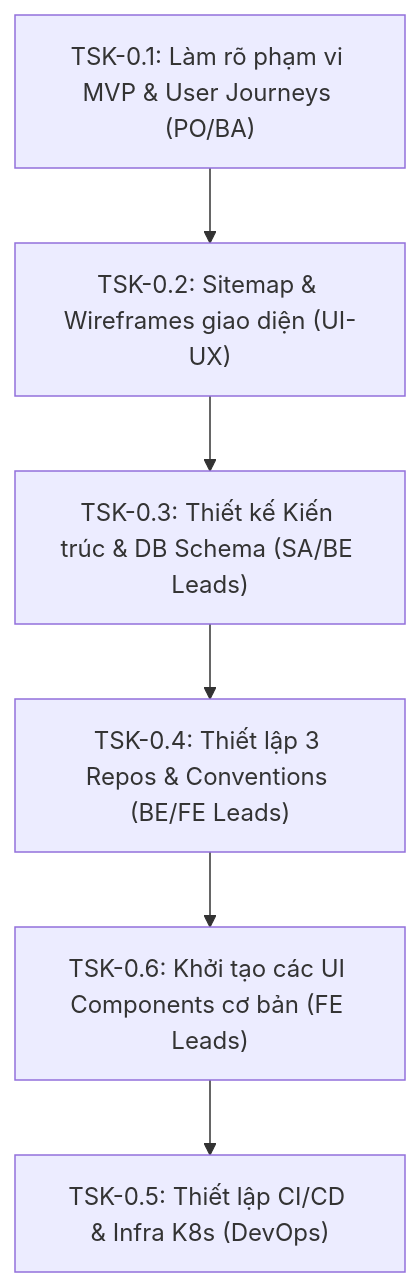
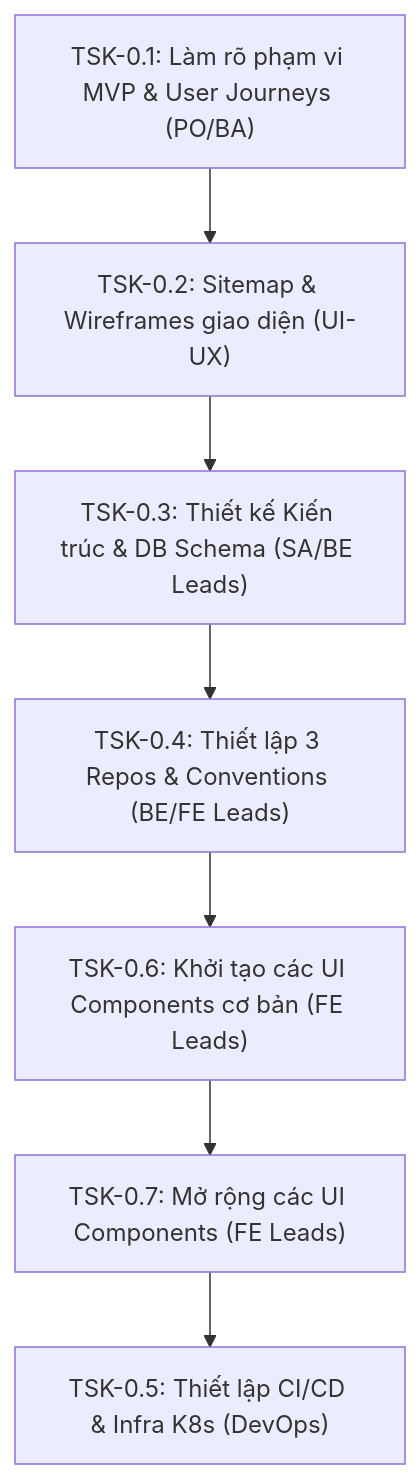
One commit to min3rd/open-erp changed the diagram in docs/05_project_management/sprint_0/README.md. Above: the diagram before and after it, drawn with Mermaid. The commit also changed other lines of this file and 19 other files, not shown here.

````diff
--- a/docs/05_project_management/sprint_0/README.md
+++ b/docs/05_project_management/sprint_0/README.md
@@ -31,9 +32,10 @@
 ```mermaid
 flowchart TD
     TSK01["TSK-0.1: Làm rõ phạm vi MVP & User Journeys (PO/BA)"] 
     --> TSK02["TSK-0.2: Sitemap & Wireframes giao diện (UI-UX)"]
     --> TSK03["TSK-0.3: Thiết kế Kiến trúc & DB Schema (SA/BE Leads)"]
     --> TSK04["TSK-0.4: Thiết lập 3 Repos & Conventions (BE/FE Leads)"]
     --> TSK06["TSK-0.6: Khởi tạo các UI Components cơ bản (FE Leads)"]
+    --> TSK07["TSK-0.7: Mở rộng các UI Components (FE Leads)"]
     --> TSK05["TSK-0.5: Thiết lập CI/CD & Infra K8s (DevOps)"]
 ```
````
